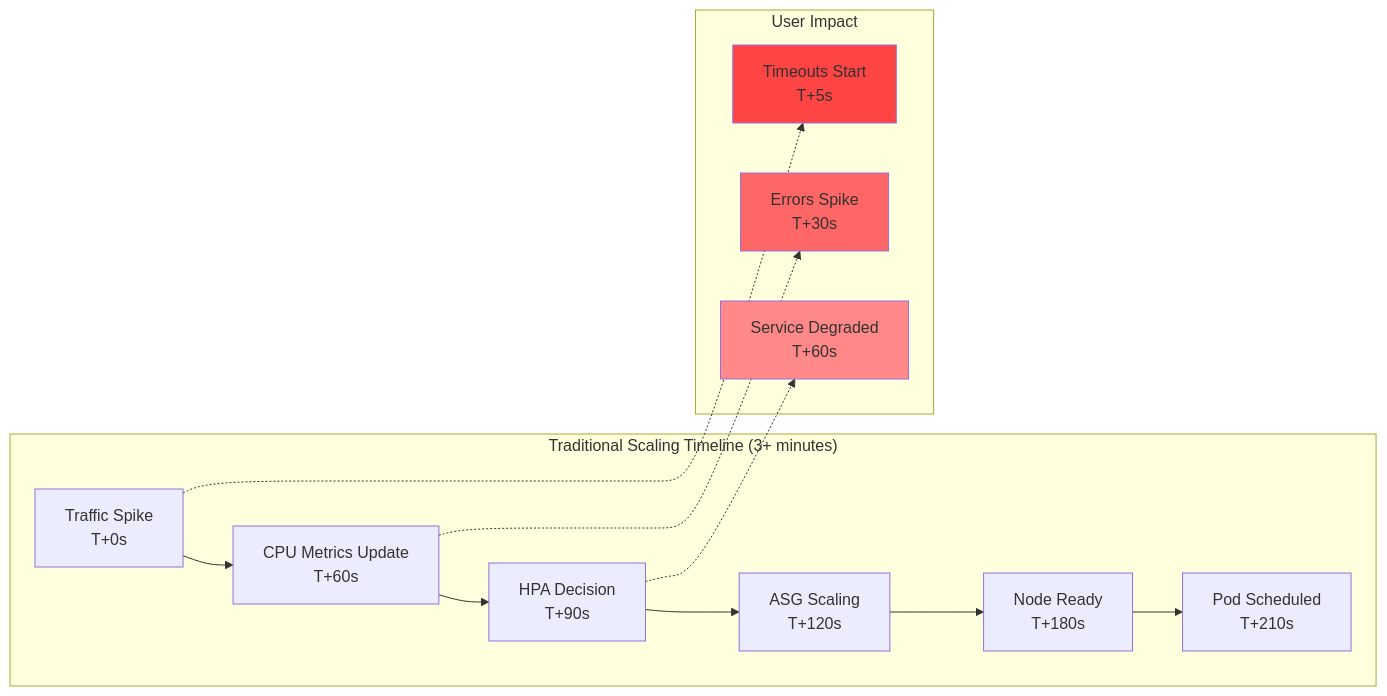
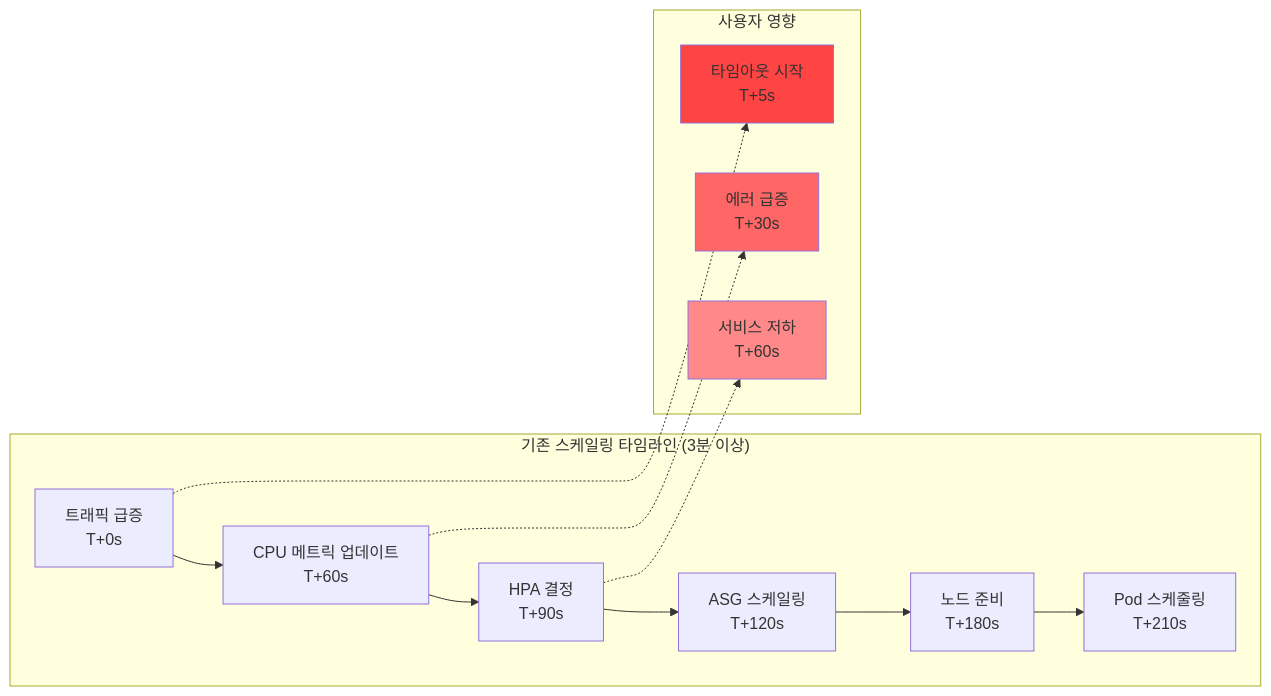
Before and after one commit to devfloor9/engineering-playbook: the first of 13 diagrams in docs/performance-networking/karpenter-autoscaling.md, drawn with Mermaid. The commit also changed other lines of this file and 30 other files, not shown here.

````diff
--- a/docs/performance-networking/karpenter-autoscaling.md
+++ b/docs/performance-networking/karpenter-autoscaling.md
@@ -27,25 +26,25 @@
 ```mermaid
 graph LR
-    subgraph "Traditional Scaling Timeline (3+ minutes)"
-        T1[Traffic Spike<br/>T+0s] --> T2[CPU Metrics Update<br/>T+60s]
-        T2 --> T3[HPA Decision<br/>T+90s]
-        T3 --> T4[ASG Scaling<br/>T+120s]
-        T4 --> T5[Node Ready<br/>T+180s]
-        T5 --> T6[Pod Scheduled<br/>T+210s]
+    subgraph "기존 스케일링 타임라인 (3분 이상)"
+        T1[트래픽 급증<br/>T+0s] --> T2[CPU 메트릭 업데이트<br/>T+60s]
+        T2 --> T3[HPA 결정<br/>T+90s]
+        T3 --> T4[ASG 스케일링<br/>T+120s]
+        T4 --> T5[노드 준비<br/>T+180s]
+        T5 --> T6[Pod 스케줄링<br/>T+210s]
     end
 
-    subgraph "User Impact"
-        I1[Timeouts Start<br/>T+5s]
-        I2[Errors Spike<br/>T+30s]
-        I3[Service Degraded<br/>T+60s]
+    subgraph "사용자 영향"
+        I1[타임아웃 시작<br/>T+5s]
+        I2[에러 급증<br/>T+30s]
+        I3[서비스 저하<br/>T+60s]
     end
 
     T1 -.-> I1
     T2 -.-> I2
     T3 -.-> I3
 
     style I1 fill:#ff4444
     style I2 fill:#ff6666
     style I3 fill:#ff8888
 
 ```
````
